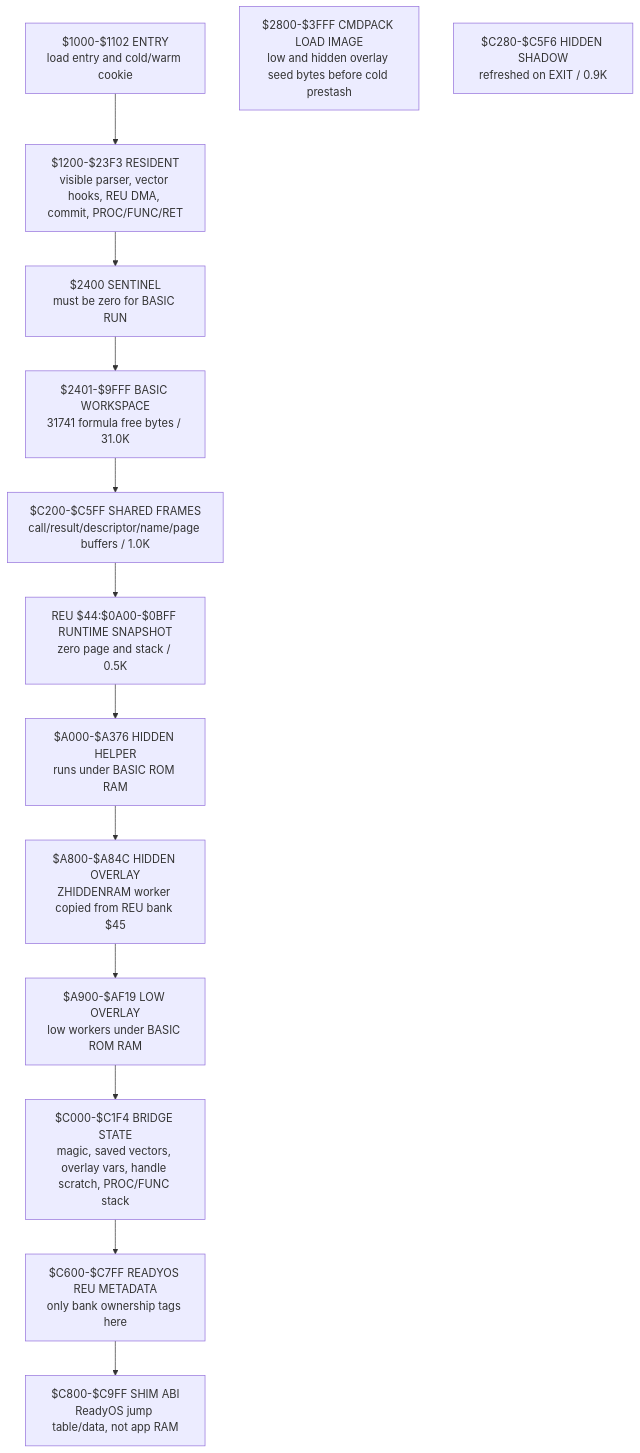
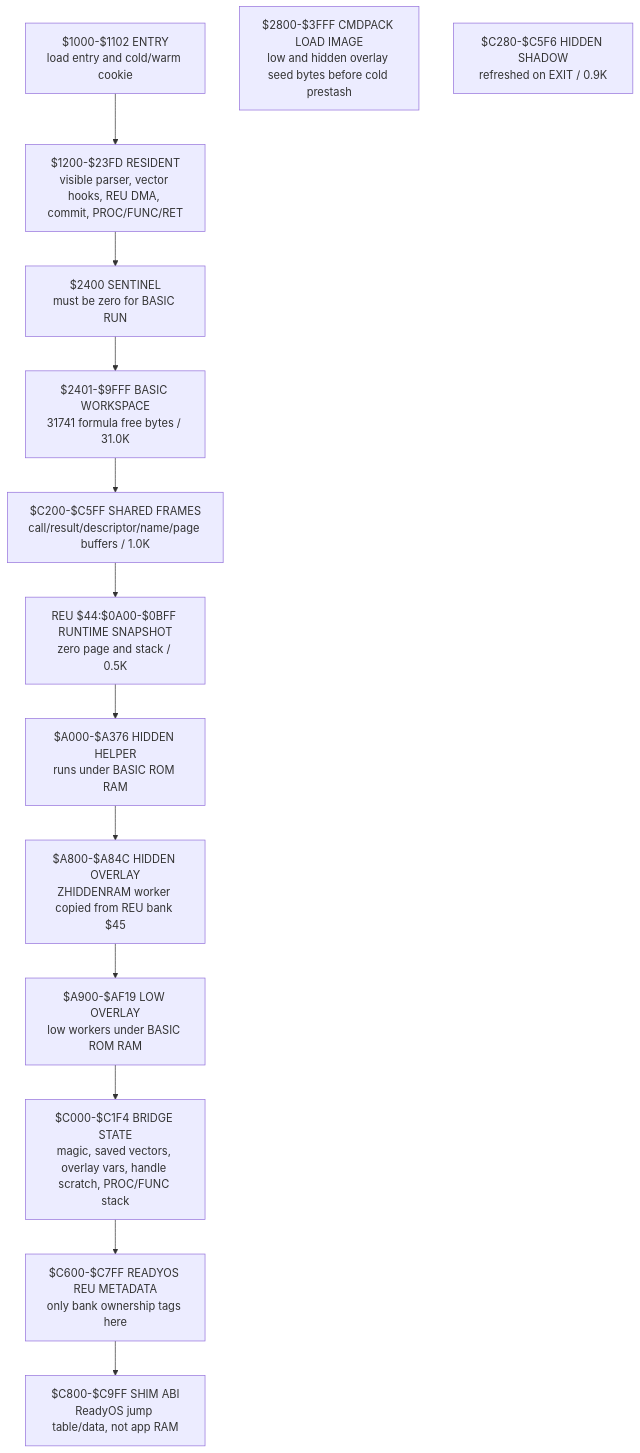
One commit to 123Onetwothree123/6502 changed the first of 8 diagrams in src/apps/readybasic/READYBASIC_LIFECYCLE_AND_REU_ARCHITECTURE.md. Above: the diagram before and after it, drawn with Mermaid. The commit also changed other lines of this file and 14 other files, not shown here.

````diff
--- a/src/apps/readybasic/READYBASIC_LIFECYCLE_AND_REU_ARCHITECTURE.md
+++ b/src/apps/readybasic/READYBASIC_LIFECYCLE_AND_REU_ARCHITECTURE.md
@@ -95,20 +95,20 @@
 ```mermaid
 flowchart TB
   A["$1000-$1102 ENTRY<br/>load entry and cold/warm cookie"]
-  B["$1200-$23F3 RESIDENT<br/>visible parser, vector hooks, REU DMA, commit, PROC/FUNC/RET"]
+  B["$1200-$23FD RESIDENT<br/>visible parser, vector hooks, REU DMA, commit, PROC/FUNC/RET"]
   C["$2400 SENTINEL<br/>must be zero for BASIC RUN"]
   D["$2401-$9FFF BASIC WORKSPACE<br/>31741 formula free bytes / 31.0K"]
   E["$2800-$3FFF CMDPACK LOAD IMAGE<br/>low and hidden overlay seed bytes before cold prestash"]
   F["REU $44:$0A00-$0BFF RUNTIME SNAPSHOT<br/>zero page and stack / 0.5K"]
   G["$C200-$C5FF SHARED FRAMES<br/>call/result/descriptor/name/page buffers / 1.0K"]
   I["$C280-$C5F6 HIDDEN SHADOW<br/>refreshed on EXIT / 0.9K"]
   J["$A000-$A376 HIDDEN HELPER<br/>runs under BASIC ROM RAM"]
   K["$A800-$A84C HIDDEN OVERLAY<br/>ZHIDDENRAM worker copied from REU bank $45"]
   O["$A900-$AF19 LOW OVERLAY<br/>low workers under BASIC ROM RAM"]
   L["$C000-$C1F4 BRIDGE STATE<br/>magic, saved vectors, overlay vars, handle scratch, PROC/FUNC stack"]
   M["$C600-$C7FF READYOS REU METADATA<br/>only bank ownership tags here"]
   N["$C800-$C9FF SHIM ABI<br/>ReadyOS jump table/data, not app RAM"]
 
   A --> B --> C --> D --> G
   G --> F --> J --> K --> O --> L --> M --> N
 ```
````
